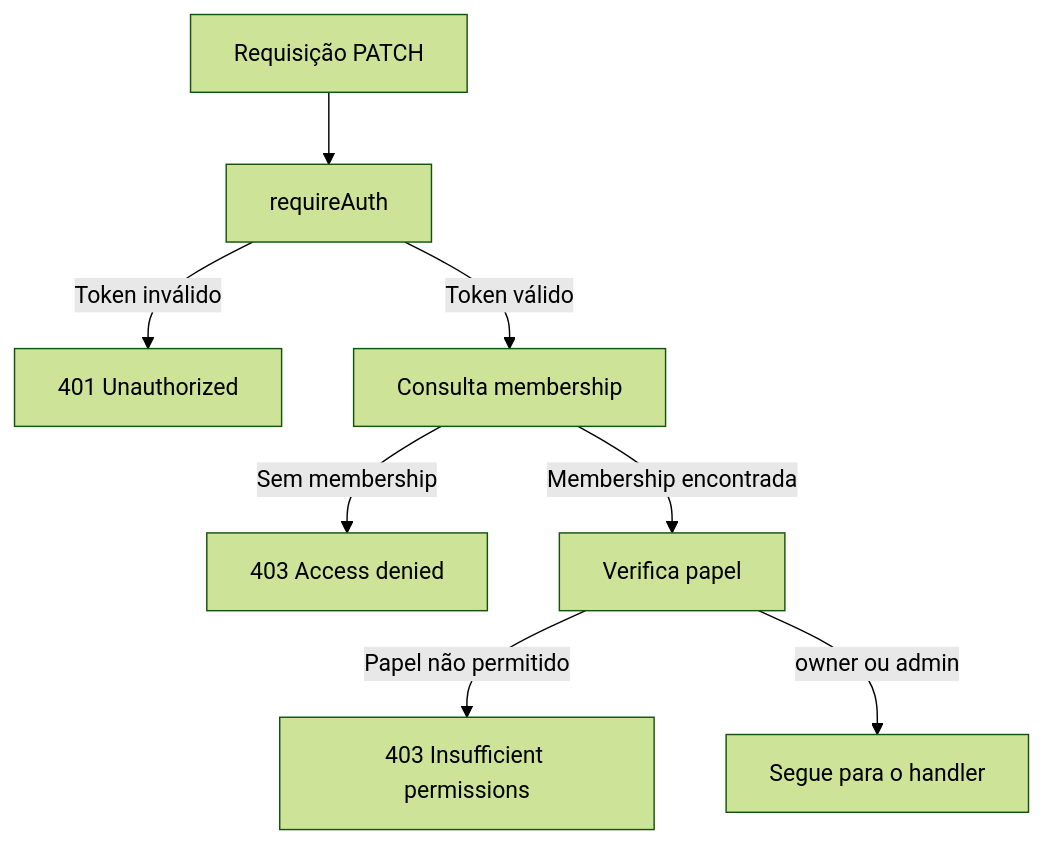
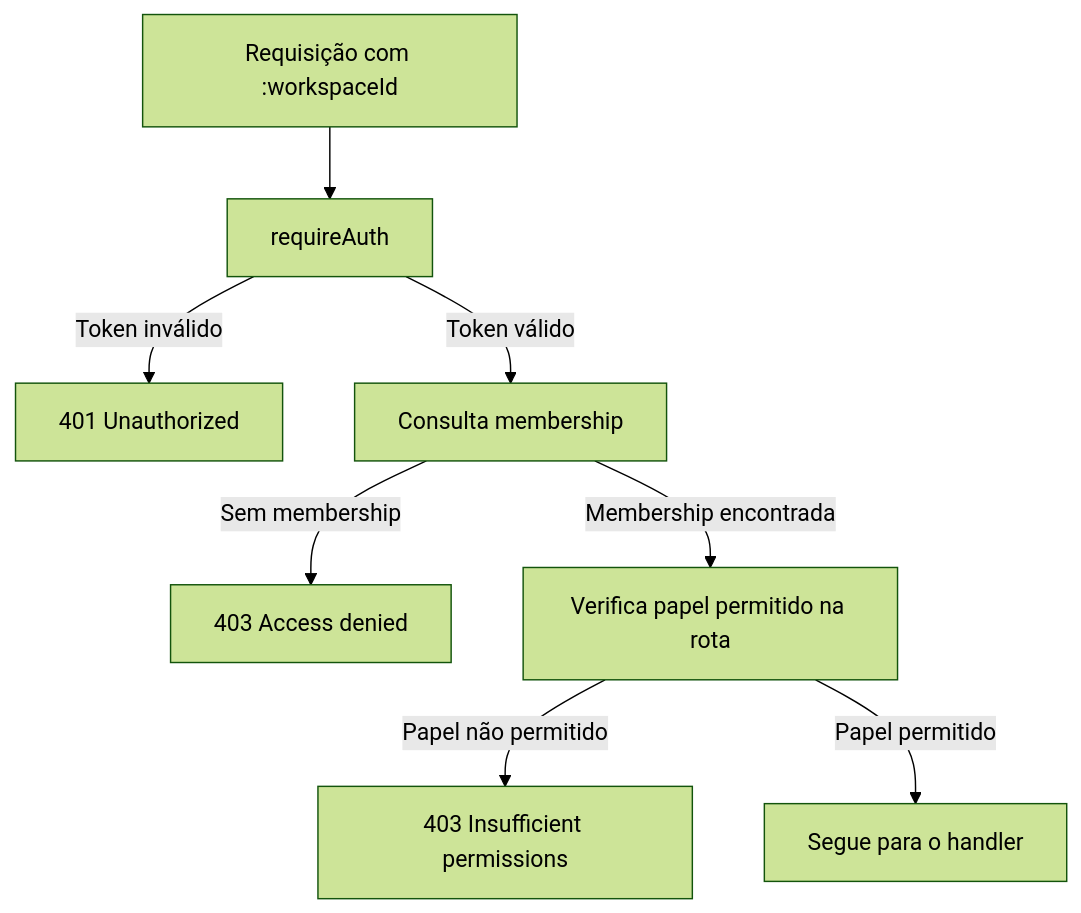
Before and after one commit to GustavoGuerato/workspace_auth: the third of 3 diagrams in README.MD, drawn with Mermaid (forest theme). The commit also changed other lines of this file, not shown here.

First line of the commit message:
Revise README for clarity and upddocs: atualiza README com estado real do codigo, testes e rotasates

````diff
--- a/README.MD
+++ b/README.MD
@@ -128,10 +135,10 @@
 ```mermaid
 flowchart TD
-    R[Requisição PATCH] --> A[requireAuth]
+    R[Requisição com :workspaceId] --> A[requireAuth]
     A -->|Token inválido| U[401 Unauthorized]
     A -->|Token válido| M[Consulta membership]
     M -->|Sem membership| F[403 Access denied]
-    M -->|Membership encontrada| P[Verifica papel]
+    M -->|Membership encontrada| P[Verifica papel permitido na rota]
     P -->|Papel não permitido| I[403 Insufficient permissions]
-    P -->|owner ou admin| H[Segue para o handler]
+    P -->|Papel permitido| H[Segue para o handler]
 ```
````
